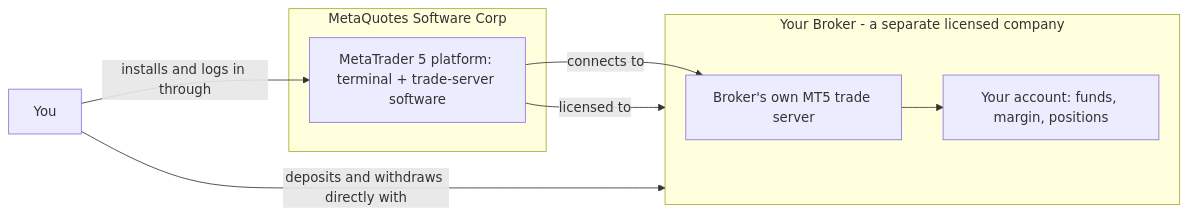
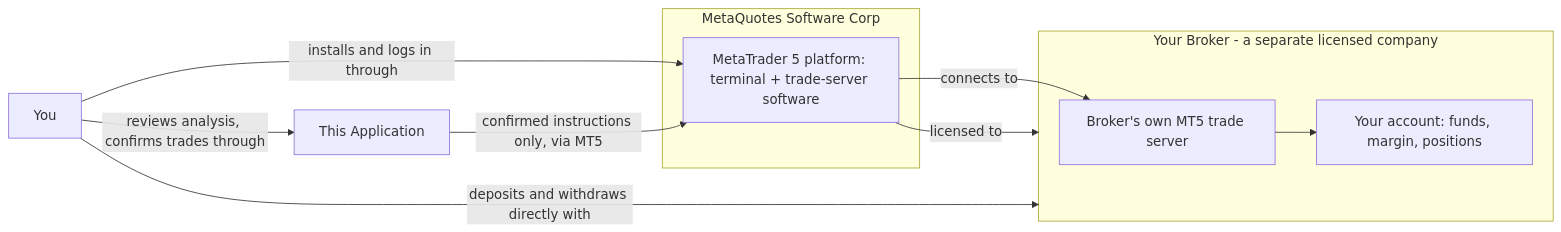
The first of 2 diagrams in docs/mt5-and-broker-relationship.md (kukuhtw/aifrx), drawn with Mermaid before and after one commit. The commit also changed other lines of this file and 1 other file, not shown here.

First line of the commit message:
docs: add explicit three-way relationship (MT5, broker, this app)

````diff
--- a/docs/mt5-and-broker-relationship.md
+++ b/docs/mt5-and-broker-relationship.md
@@ -9,15 +9,17 @@
 ```mermaid
 flowchart LR
     subgraph MQ[MetaQuotes Software Corp]
         SW[MetaTrader 5 platform: terminal + trade-server software]
     end
     subgraph BR[Your Broker - a separate licensed company]
         SRV[Broker's own MT5 trade server]
         ACC[Your account: funds, margin, positions]
     end
     SW -->|licensed to| BR
     U[You] -->|deposits and withdraws directly with| BR
     U -->|installs and logs in through| SW
     SW -->|connects to| SRV
     SRV --> ACC
+    U -->|reviews analysis, confirms trades through| APP[This Application]
+    APP -->|confirmed instructions only, via MT5| SW
 ```
````
